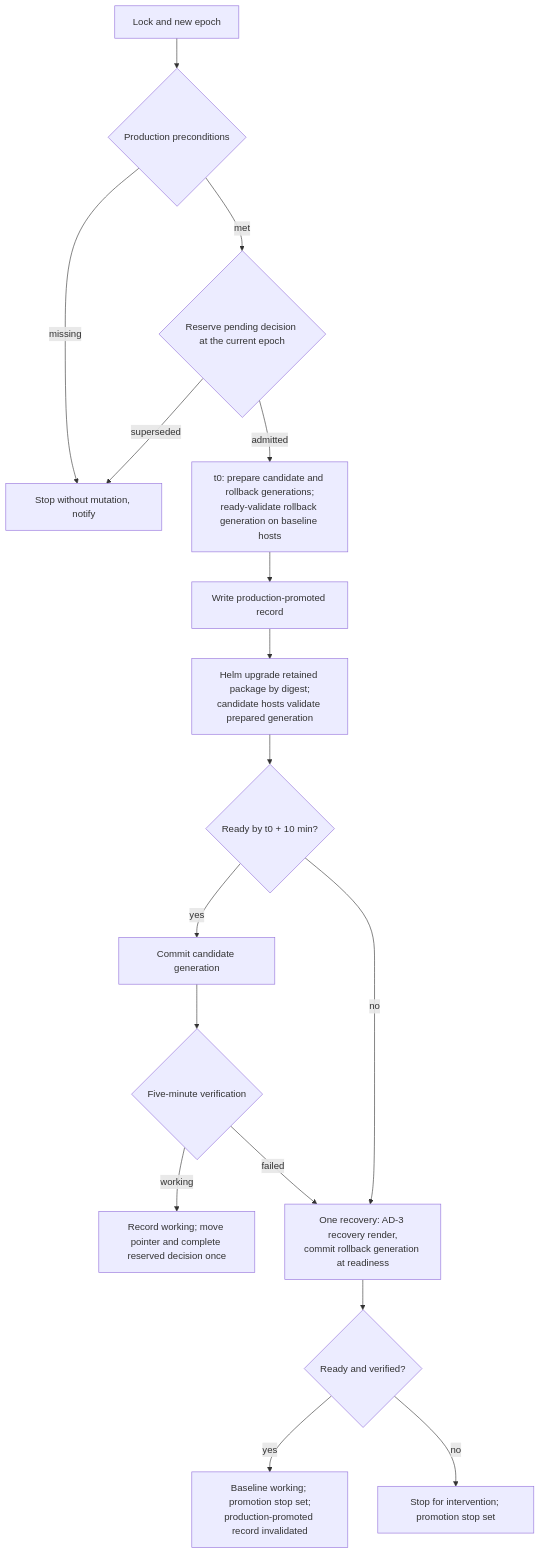
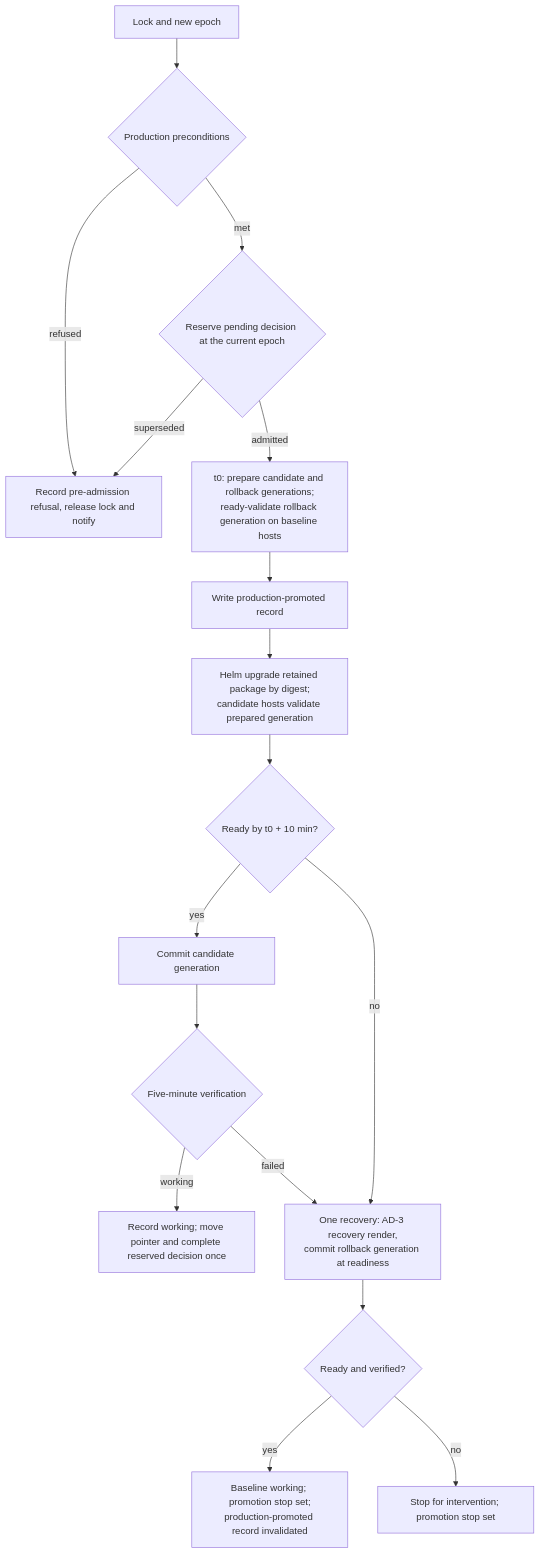
Before and after one commit to Hexalith/Hexalith.Platform: the second of 4 diagrams in _bmad-output/planning-artifacts/architecture/architecture-platform-2026-09-27/ARCHITECTURE-SPINE.md, drawn with Mermaid. The commit also changed other lines of this file and 48 other files, not shown here.

````diff
--- a/_bmad-output/planning-artifacts/architecture/architecture-platform-2026-09-27/ARCHITECTURE-SPINE.md
+++ b/_bmad-output/planning-artifacts/architecture/architecture-platform-2026-09-27/ARCHITECTURE-SPINE.md
@@ -314,19 +321,19 @@
 ```mermaid
 flowchart TD
     Lock["Lock and new epoch"] --> Pre{"Production preconditions"}
-    Pre -- missing --> Halt0["Stop without mutation, notify"]
+    Pre -- refused --> Halt0["Record pre-admission refusal, release lock and notify"]
     Pre -- met --> Reserve{"Reserve pending decision at the current epoch"}
     Reserve -- superseded --> Halt0
     Reserve -- admitted --> Prep["t0: prepare candidate and rollback generations;<br/>ready-validate rollback generation on baseline hosts"]
     Prep --> Promoted["Write production-promoted record"]
     Promoted --> Upgrade["Helm upgrade retained package by digest;<br/>candidate hosts validate prepared generation"]
     Upgrade --> Ready{"Ready by t0 + 10 min?"}
     Ready -- yes --> Commit["Commit candidate generation"]
     Commit --> Verify{"Five-minute verification"}
     Verify -- working --> Working["Record working; move pointer and complete reserved decision once"]
     Ready -- no --> Recover["One recovery: AD-3 recovery render,<br/>commit rollback generation at readiness"]
     Verify -- failed --> Recover
     Recover --> Again{"Ready and verified?"}
     Again -- yes --> Restored["Baseline working; promotion stop set;<br/>production-promoted record invalidated"]
     Again -- no --> Intervene["Stop for intervention; promotion stop set"]
 ```
````
